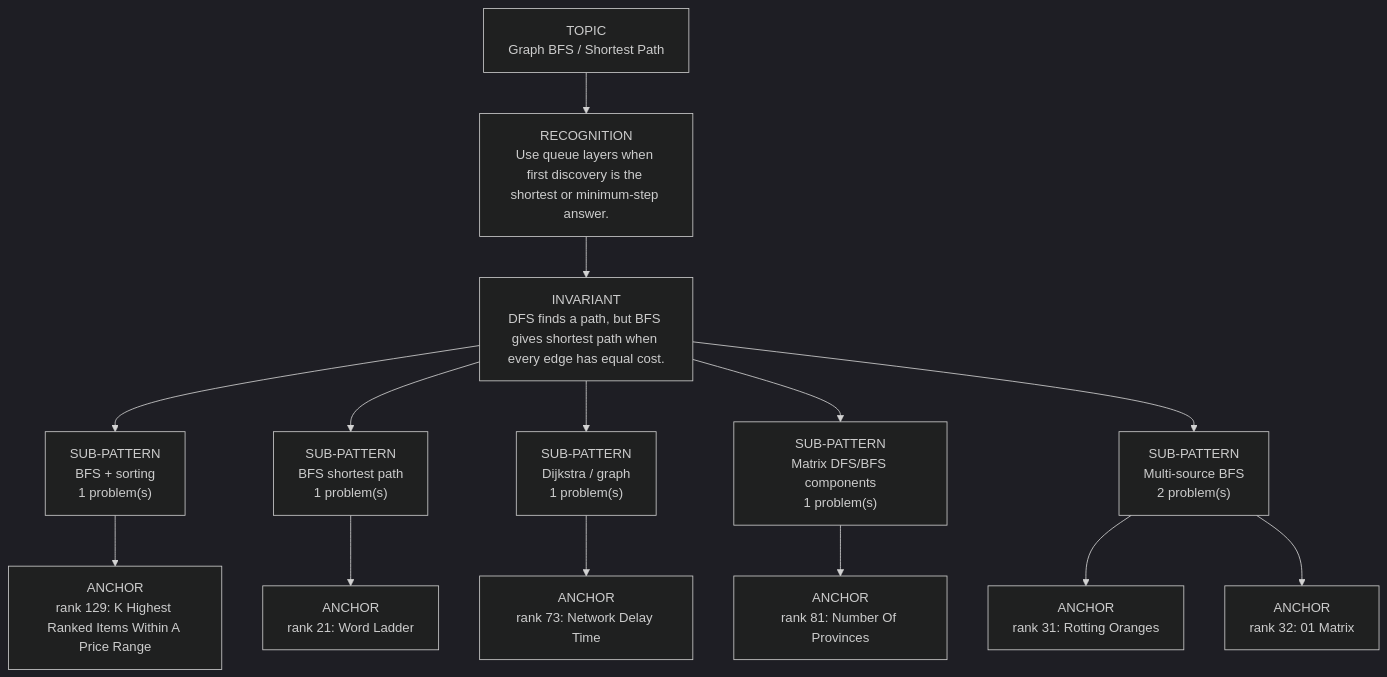
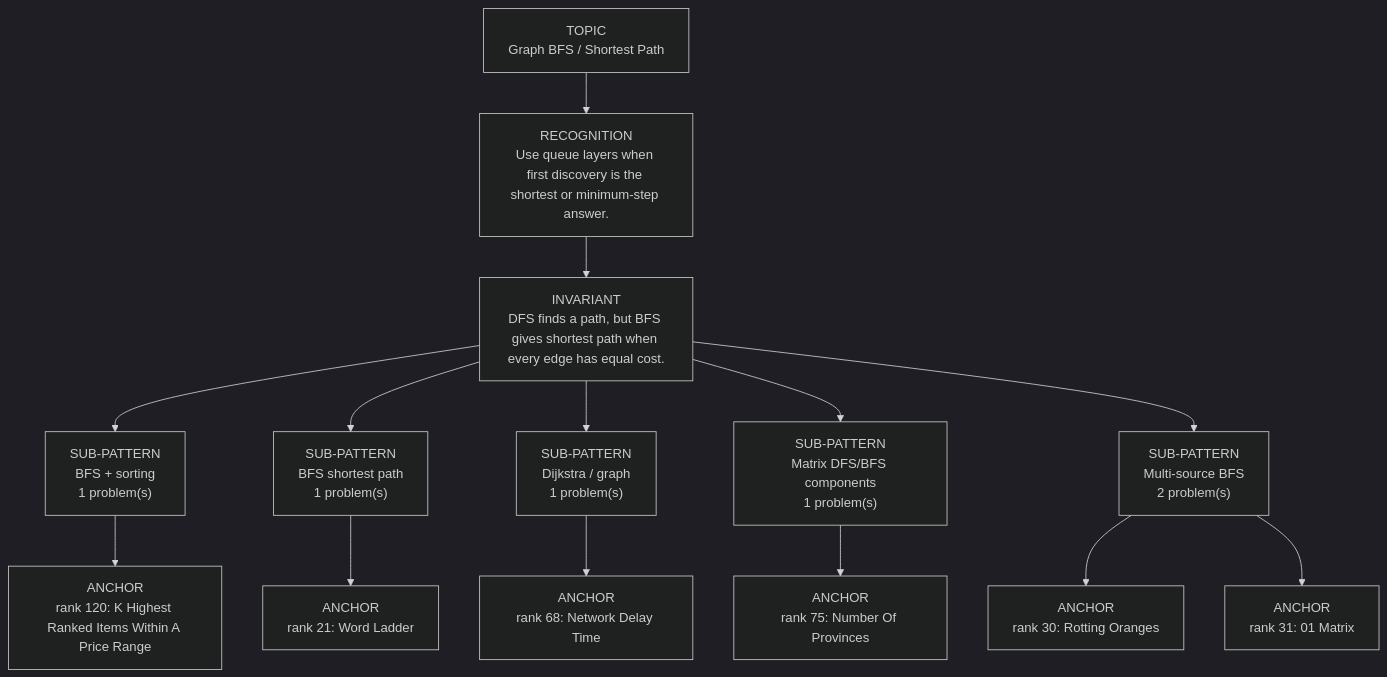
Before and after one commit to thechiranjeevjain/DSA10days: the diagram in dsa-review/interview/patterns/11_graph_bfs.md, drawn with Mermaid (dark theme). The commit also changed other lines of this file and 61 other files, not shown here.

````diff
--- a/dsa-review/interview/patterns/11_graph_bfs.md
+++ b/dsa-review/interview/patterns/11_graph_bfs.md
@@ -15,18 +15,18 @@
 ```mermaid
 flowchart TD
   Topic["TOPIC<br/>Graph BFS / Shortest Path"]
   Recognition["RECOGNITION<br/>Use queue layers when first discovery is the shortest or minimum-step answer."]
   Invariant["INVARIANT<br/>DFS finds a path, but BFS gives shortest path when every edge has equal cost."]
   Topic --> Recognition --> Invariant
   Invariant --> Sub01["SUB-PATTERN<br/>BFS + sorting<br/>1 problem(s)"]
-  Sub01 --> Sub01A01["ANCHOR<br/>rank 129: K Highest Ranked Items Within A Price Range"]
+  Sub01 --> Sub01A01["ANCHOR<br/>rank 120: K Highest Ranked Items Within A Price Range"]
   Invariant --> Sub02["SUB-PATTERN<br/>BFS shortest path<br/>1 problem(s)"]
   Sub02 --> Sub02A01["ANCHOR<br/>rank 21: Word Ladder"]
   Invariant --> Sub03["SUB-PATTERN<br/>Dijkstra / graph<br/>1 problem(s)"]
-  Sub03 --> Sub03A01["ANCHOR<br/>rank 73: Network Delay Time"]
+  Sub03 --> Sub03A01["ANCHOR<br/>rank 68: Network Delay Time"]
   Invariant --> Sub04["SUB-PATTERN<br/>Matrix DFS/BFS components<br/>1 problem(s)"]
-  Sub04 --> Sub04A01["ANCHOR<br/>rank 81: Number Of Provinces"]
+  Sub04 --> Sub04A01["ANCHOR<br/>rank 75: Number Of Provinces"]
   Invariant --> Sub05["SUB-PATTERN<br/>Multi-source BFS<br/>2 problem(s)"]
-  Sub05 --> Sub05A01["ANCHOR<br/>rank 31: Rotting Oranges"]
-  Sub05 --> Sub05A02["ANCHOR<br/>rank 32: 01 Matrix"]
+  Sub05 --> Sub05A01["ANCHOR<br/>rank 30: Rotting Oranges"]
+  Sub05 --> Sub05A02["ANCHOR<br/>rank 31: 01 Matrix"]
 ```
````
